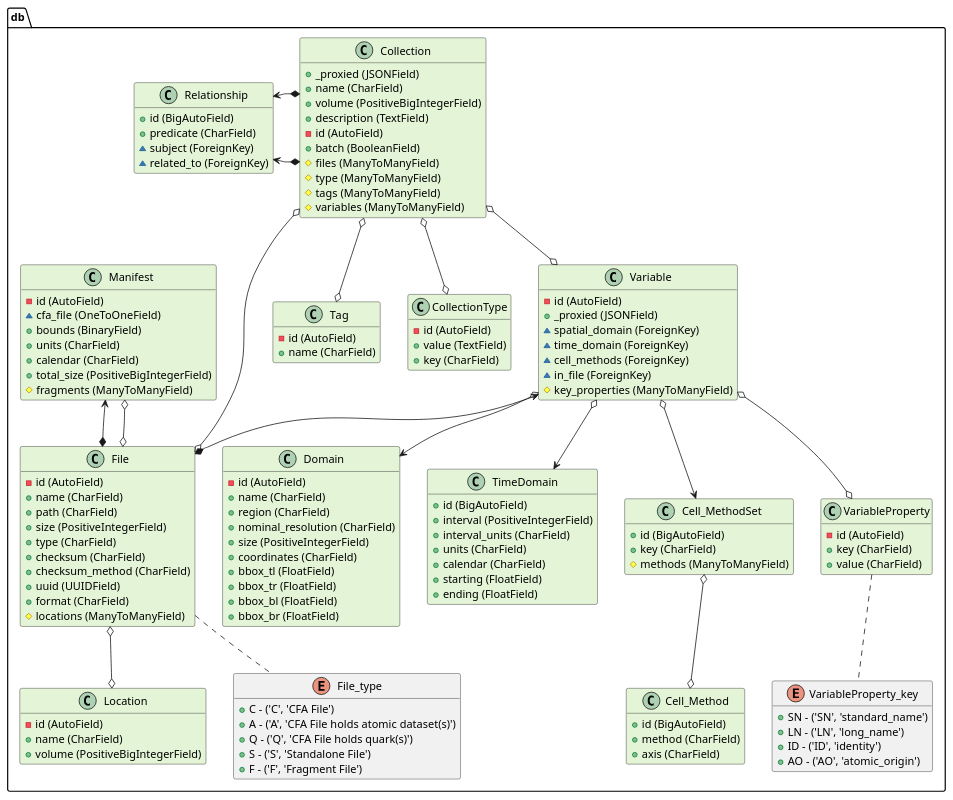
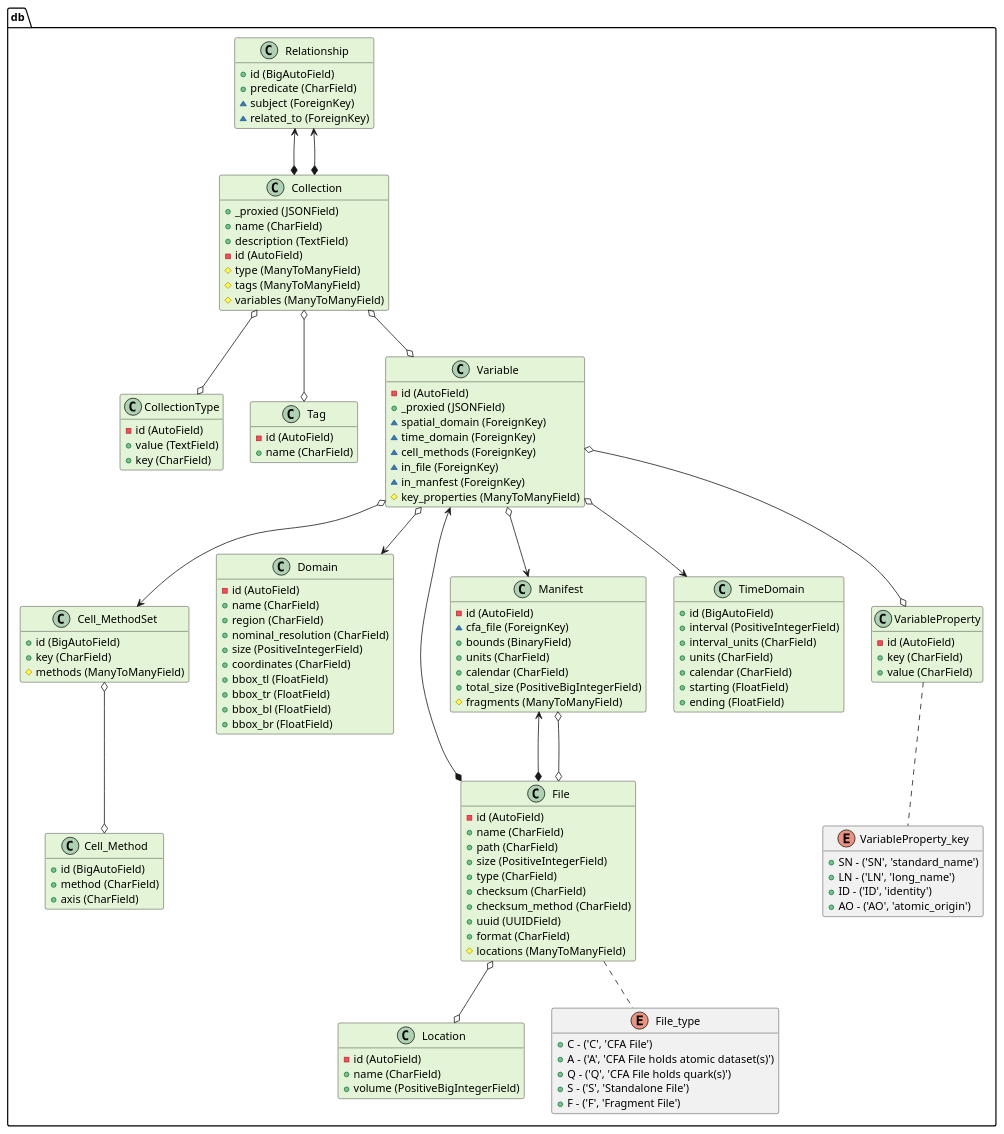
The diagram in core/docs/db_uml.pu (bnlawrence/cfs), drawn with PlantUML before and after one commit. The commit also changed 1 other file, not shown here.

```diff
--- a/core/docs/db_uml.pu
+++ b/core/docs/db_uml.pu
@@ -1,159 +1,157 @@
 @startuml 
 hide attributes
+class db.Cell_Method #e4f4d6 {
+    + id (BigAutoField)
+    + method (CharField)
+    + axis (CharField)
+}
+
+
+class db.Cell_MethodSet #e4f4d6 {
+    + id (BigAutoField)
+    + key (CharField)
+    # methods (ManyToManyField)
+}
+db.Cell_MethodSet o--o db.Cell_Method
+
+
+class db.CollectionType #e4f4d6 {
+    - id (AutoField)
+    + value (TextField)
+    + key (CharField)
+}
+
+
+class db.Collection #e4f4d6 {
+    + _proxied (JSONField)
+    + name (CharField)
+    + description (TextField)
+    - id (AutoField)
+    # type (ManyToManyField)
+    # tags (ManyToManyField)
+    # variables (ManyToManyField)
+}
+db.Collection o--o db.CollectionType
+db.Collection o--o db.Tag
+db.Collection o--o db.Variable
+
+
 class db.Domain #e4f4d6 {
     - id (AutoField)
     + name (CharField)
     + region (CharField)
     + nominal_resolution (CharField)
     + size (PositiveIntegerField)
     + coordinates (CharField)
     + bbox_tl (FloatField)
     + bbox_tr (FloatField)
     + bbox_bl (FloatField)
     + bbox_br (FloatField)
-}
-
-
-class db.TimeDomain #e4f4d6 {
-    + id (BigAutoField)
-    + interval (PositiveIntegerField)
-    + interval_units (CharField)
-    + units (CharField)
-    + calendar (CharField)
-    + starting (FloatField)
-    + ending (FloatField)
-}
-
-
-class db.Location #e4f4d6 {
-    - id (AutoField)
-    + name (CharField)
-    + volume (PositiveBigIntegerField)
 }
 
 
 class db.File #e4f4d6 {
     - id (AutoField)
     + name (CharField)
     + path (CharField)
     + size (PositiveIntegerField)
     + type (CharField)
     + checksum (CharField)
     + checksum_method (CharField)
     + uuid (UUIDField)
     + format (CharField)
     # locations (ManyToManyField)
 }
 db.File o--o db.Location
 db.File .- db.File_type
 
 
+class db.Location #e4f4d6 {
+    - id (AutoField)
+    + name (CharField)
+    + volume (PositiveBigIntegerField)
+}
+
+
 class db.Manifest #e4f4d6 {
     - id (AutoField)
-    ~ cfa_file (OneToOneField)
+    ~ cfa_file (ForeignKey)
     + bounds (BinaryField)
     + units (CharField)
     + calendar (CharField)
     + total_size (PositiveBigIntegerField)
     # fragments (ManyToManyField)
 }
 db.Manifest <--* db.File
 db.Manifest o--o db.File
 
 
+class db.Relationship #e4f4d6 {
+    + id (BigAutoField)
+    + predicate (CharField)
+    ~ subject (ForeignKey)
+    ~ related_to (ForeignKey)
+}
+db.Relationship <--* db.Collection
+db.Relationship <--* db.Collection
+
+
 class db.Tag #e4f4d6 {
     - id (AutoField)
     + name (CharField)
 }
 
 
-class db.CollectionType #e4f4d6 {
-    - id (AutoField)
-    + value (TextField)
-    + key (CharField)
+class db.TimeDomain #e4f4d6 {
+    + id (BigAutoField)
+    + interval (PositiveIntegerField)
+    + interval_units (CharField)
+    + units (CharField)
+    + calendar (CharField)
+    + starting (FloatField)
+    + ending (FloatField)
 }
-
-
-class db.Collection #e4f4d6 {
-    + _proxied (JSONField)
-    + name (CharField)
-    + volume (PositiveBigIntegerField)
-    + description (TextField)
-    - id (AutoField)
-    + batch (BooleanField)
-    # files (ManyToManyField)
-    # type (ManyToManyField)
-    # tags (ManyToManyField)
-    # variables (ManyToManyField)
-}
-db.Collection o--o db.File
-db.Collection o--o db.CollectionType
-db.Collection o--o db.Tag
-db.Collection o--o db.Variable
-
-
-class db.Relationship #e4f4d6 {
-    + id (BigAutoField)
-    + predicate (CharField)
-    ~ subject (ForeignKey)
-    ~ related_to (ForeignKey)
-}
-db.Relationship <-* db.Collection
-db.Relationship <-* db.Collection
-
-
-class db.Cell_Method #e4f4d6 {
-    + id (BigAutoField)
-    + method (CharField)
-    + axis (CharField)
-}
-
-
-class db.Cell_MethodSet #e4f4d6 {
-    + id (BigAutoField)
-    + key (CharField)
-    # methods (ManyToManyField)
-}
-db.Cell_MethodSet o--o db.Cell_Method
 
 
 class db.VariableProperty #e4f4d6 {
     - id (AutoField)
     + key (CharField)
     + value (CharField)
 }
 db.VariableProperty .- db.VariableProperty_key
 
 
 class db.Variable #e4f4d6 {
     - id (AutoField)
     + _proxied (JSONField)
     ~ spatial_domain (ForeignKey)
     ~ time_domain (ForeignKey)
     ~ cell_methods (ForeignKey)
     ~ in_file (ForeignKey)
+    ~ in_manfest (ForeignKey)
     # key_properties (ManyToManyField)
 }
 db.Variable o--> db.Domain
 db.Variable o--> db.TimeDomain
 db.Variable o--> db.Cell_MethodSet
 db.Variable <--* db.File
+db.Variable o--> db.Manifest
 db.Variable o--o db.VariableProperty
 
 
 enum db.File_type{
     + C - ('C', 'CFA File')
     + A - ('A', 'CFA File holds atomic dataset(s)')
     + Q - ('Q', 'CFA File holds quark(s)')
     + S - ('S', 'Standalone File')
     + F - ('F', 'Fragment File')
 }
 
 enum db.VariableProperty_key{
     + SN - ('SN', 'standard_name')
     + LN - ('LN', 'long_name')
     + ID - ('ID', 'identity')
     + AO - ('AO', 'atomic_origin')
 }
 
 @enduml
```
